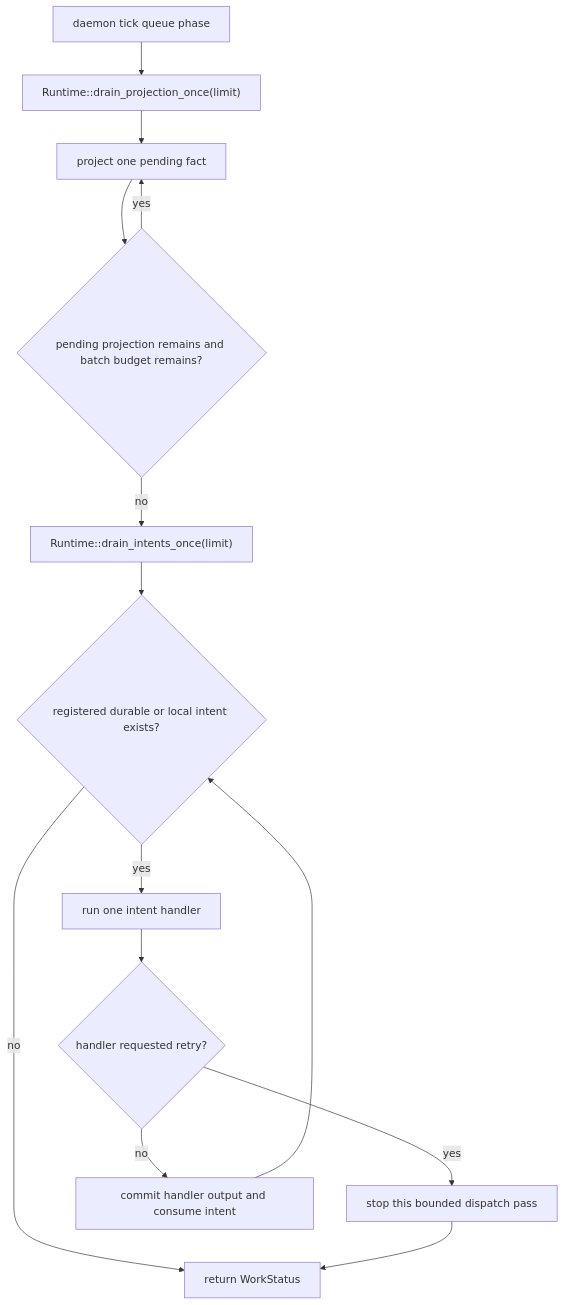
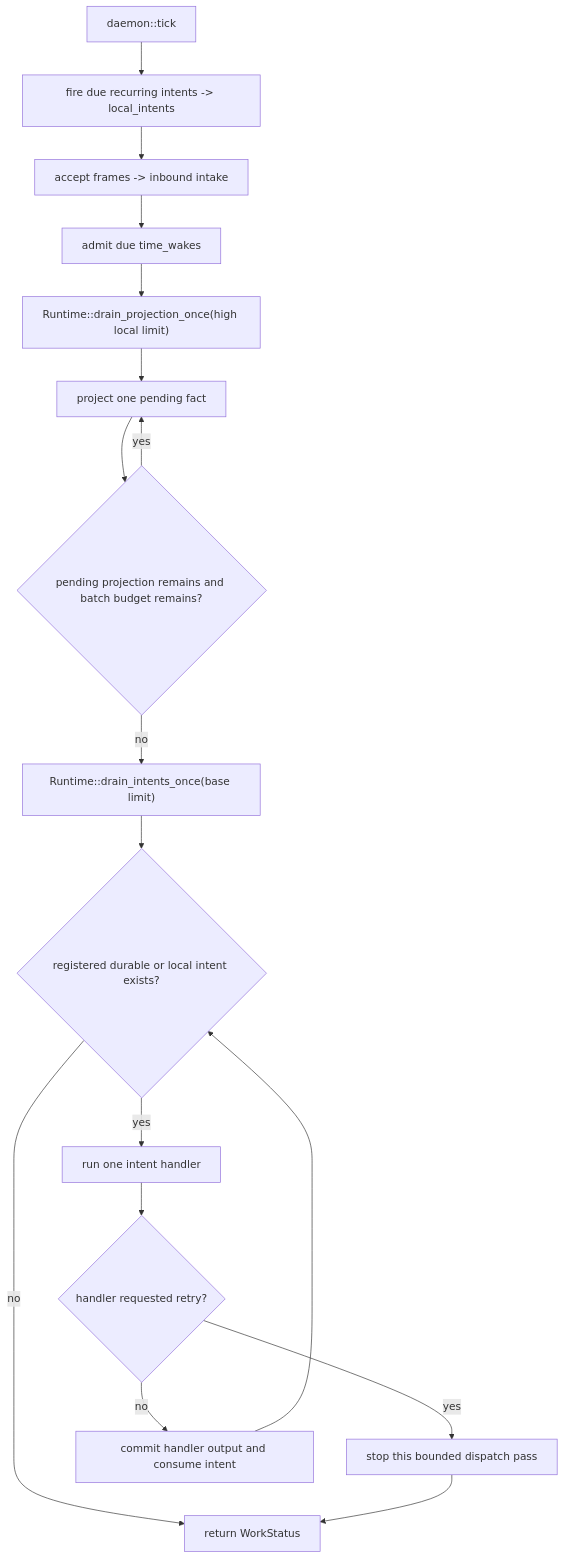
One commit to holmesworcester/poc-10 changed the second of 5 diagrams in ARCHITECTURE_DIAGRAMS_ALT.md. Above: the diagram before and after it, drawn with Mermaid. The commit also changed other lines of this file and 119 other files, not shown here.

Commit message:
Simplify runtime command and queue flow

````diff
--- a/ARCHITECTURE_DIAGRAMS_ALT.md
+++ b/ARCHITECTURE_DIAGRAMS_ALT.md
@@ -47,18 +48,21 @@
 ```mermaid
 %%{init: {"flowchart": {"wrappingWidth": 300}} }%%
 flowchart TD
-    START["daemon tick queue phase"] --> PRE_PROJECT["Runtime::drain_projection_once(limit)"]
+    START["daemon::tick"] --> RECUR["fire due recurring intents -> local_intents"]
+    RECUR --> INBOUND["accept frames -> inbound intake"]
+    INBOUND --> TIME["admit due time_wakes"]
+    TIME --> PRE_PROJECT["Runtime::drain_projection_once(high local limit)"]
     PRE_PROJECT --> PROJECT_ONE["project one pending fact"]
     PROJECT_ONE --> MORE_PROJECTION{"pending projection remains and batch budget remains?"}
     MORE_PROJECTION -- yes --> PROJECT_ONE
-    MORE_PROJECTION -- no --> DISPATCH["Runtime::drain_intents_once(limit)"]
+    MORE_PROJECTION -- no --> DISPATCH["Runtime::drain_intents_once(base limit)"]
 
     DISPATCH --> NEXT_INTENT{"registered durable or local intent exists?"}
     NEXT_INTENT -- yes --> HANDLER["run one intent handler"]
     HANDLER --> RETRY{"handler requested retry?"}
     RETRY -- yes --> STOP_DISPATCH["stop this bounded dispatch pass"]
     RETRY -- no --> COMMIT_HANDLER["commit handler output and consume intent"]
     COMMIT_HANDLER --> NEXT_INTENT
     NEXT_INTENT -- no --> DONE["return WorkStatus"]
     STOP_DISPATCH --> DONE
 ```
````
